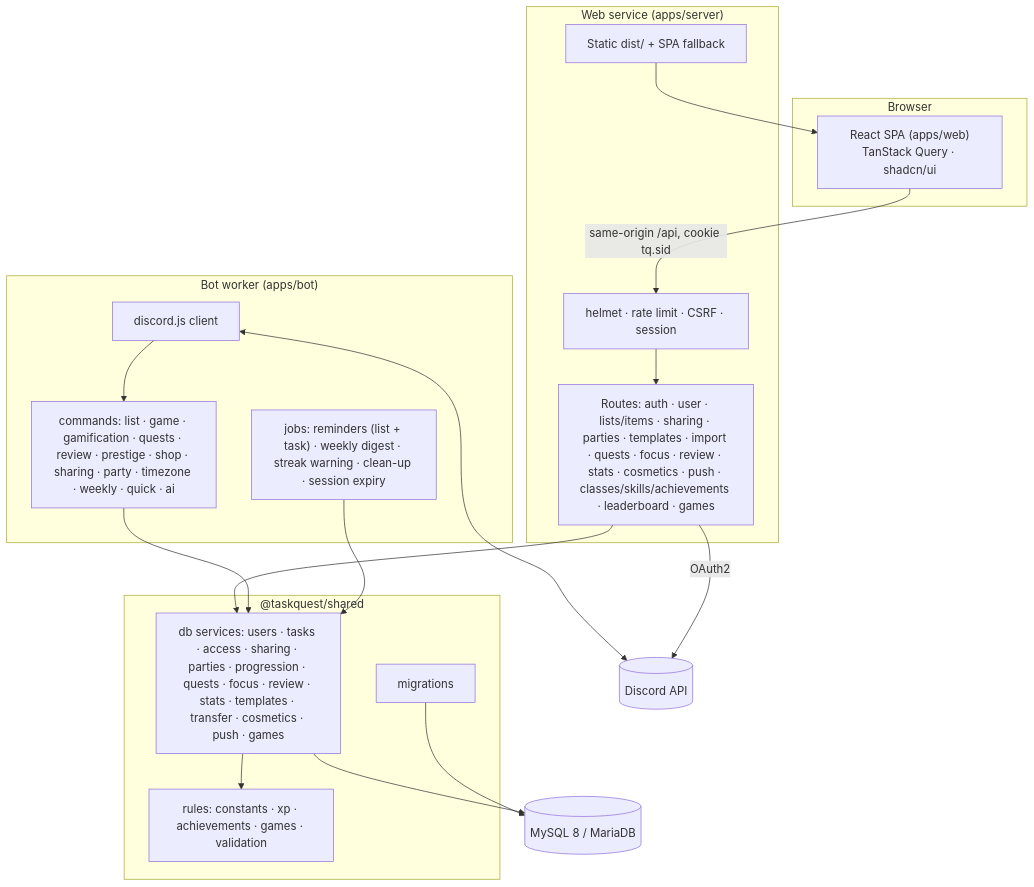
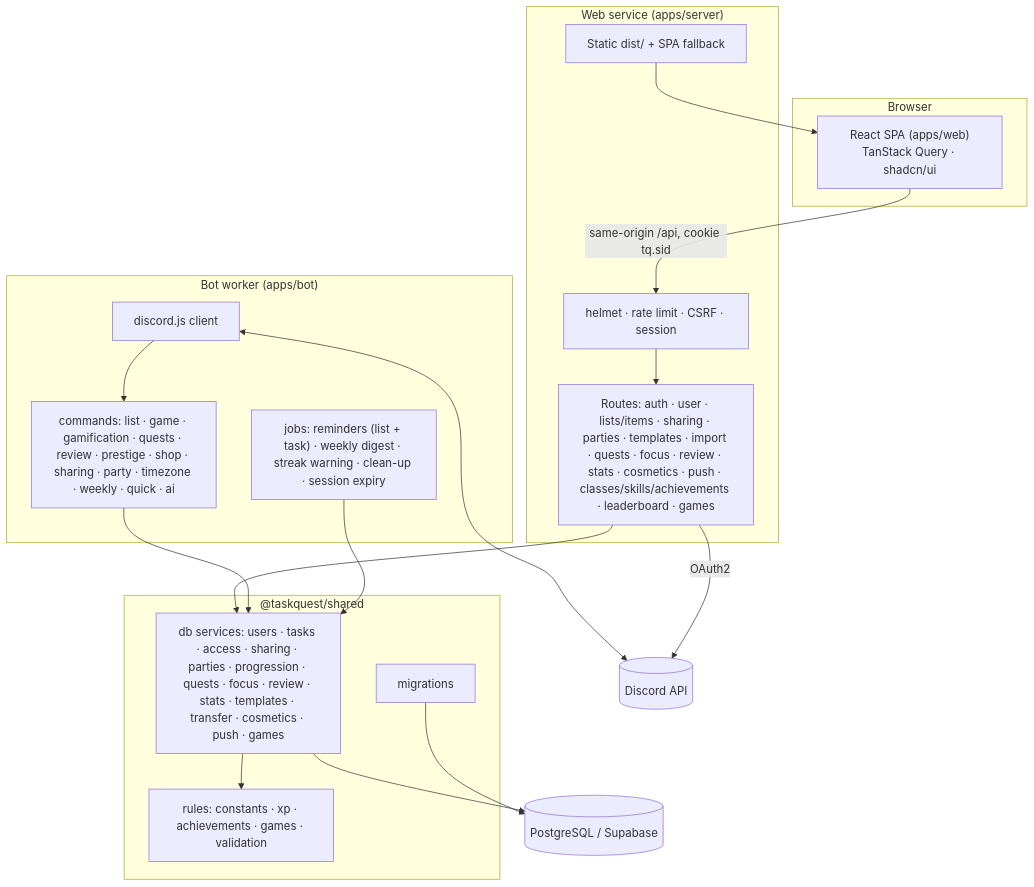
One commit to Mist10148/TaskQuest-Application changed the first of 2 diagrams in docs/ARCHITECTURE.md. Above: the diagram before and after it, drawn with Mermaid. The commit also changed other lines of this file and 19 other files, not shown here.

````diff
--- a/docs/ARCHITECTURE.md
+++ b/docs/ARCHITECTURE.md
@@ -23,33 +23,33 @@
 ```mermaid
 flowchart TB
     subgraph Browser
         SPA["React SPA (apps/web)<br/>TanStack Query · shadcn/ui"]
     end
     subgraph "Web service (apps/server)"
         MW["helmet · rate limit · CSRF · session"]
         R["Routes: auth · user · lists/items · sharing · parties · templates · import · quests · focus · review · stats · cosmetics · push · classes/skills/achievements · leaderboard · games"]
         STATIC["Static dist/ + SPA fallback"]
     end
     subgraph "Bot worker (apps/bot)"
         GW["discord.js client"]
         CMD["commands: list · game · gamification · quests · review · prestige · shop · sharing · party · timezone · weekly · quick · ai"]
         JOBS["jobs: reminders (list + task) · weekly digest · streak warning · clean-up · session expiry"]
     end
     subgraph "@taskquest/shared"
         RULES["rules: constants · xp · achievements · games · validation"]
         SVC["db services: users · tasks · access · sharing · parties · progression · quests · focus · review · stats · templates · transfer · cosmetics · push · games"]
         MIG["migrations"]
     end
-    DB[(MySQL 8 / MariaDB)]
+    DB[(PostgreSQL / Supabase)]
     DISCORD[(Discord API)]
 
     SPA -->|"same-origin /api, cookie tq.sid"| MW --> R --> SVC
     STATIC --> SPA
     GW <--> DISCORD
     GW --> CMD --> SVC
     JOBS --> SVC
     R -->|OAuth2| DISCORD
     SVC --> RULES
     SVC --> DB
     MIG --> DB
 ```
````
